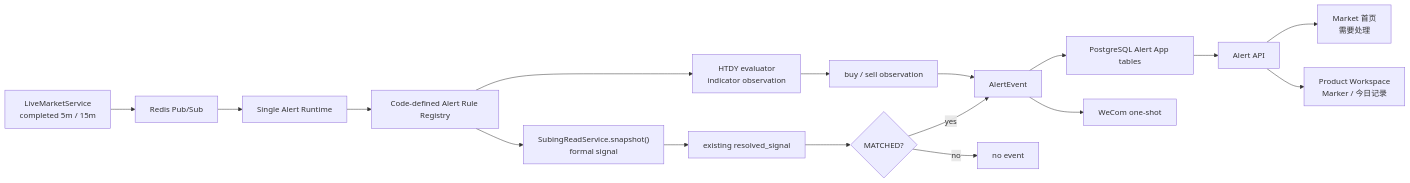
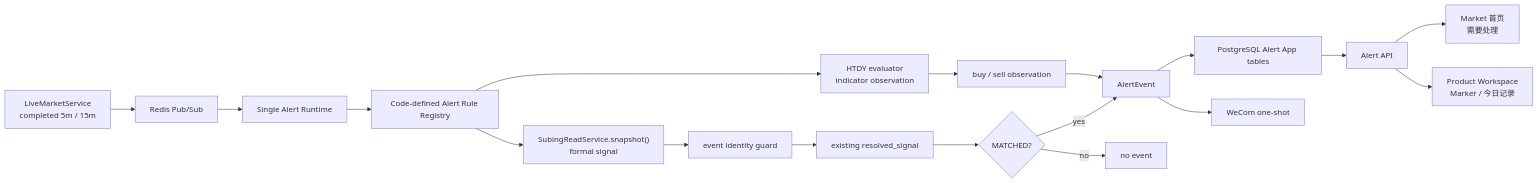
Before and after one commit to firehell/guiyi-quant-workstation: the diagram in docs/superpowers/specs/2026-08-14-decision-compression-alert-v2-design.md, drawn with Mermaid. The commit also changed other lines of this file, not shown here.

````diff
--- a/docs/superpowers/specs/2026-08-14-decision-compression-alert-v2-design.md
+++ b/docs/superpowers/specs/2026-08-14-decision-compression-alert-v2-design.md
@@ -105,23 +117,24 @@
 ```mermaid
 flowchart LR
     LIVE["LiveMarketService\ncompleted 5m / 15m"] --> REDIS["Redis Pub/Sub"]
     REDIS --> AR["Single Alert Runtime"]
 
     AR --> REG["Code-defined Alert Rule Registry"]
     REG --> HTDY["HTDY evaluator\nindicator observation"]
     REG --> SUB["SubingReadService.snapshot()\nformal signal"]
 
-    SUB --> RES["existing resolved_signal"]
+    SUB --> GUARD["event identity guard"]
+    GUARD --> RES["existing resolved_signal"]
     HTDY --> EVAL["buy / sell observation"]
     RES --> MATCH{"MATCHED?"}
 
     EVAL --> EVENT["AlertEvent"]
     MATCH -->|yes| EVENT
     MATCH -->|no| DROP["no event"]
 
     EVENT --> DB["PostgreSQL Alert App tables"]
     EVENT --> WC["WeCom one-shot"]
     DB --> API["Alert API"]
     API --> HOME["Market 首页\n需要处理"]
     API --> PRODUCT["Product Workspace\nMarker / 今日记录"]
 ```
````
